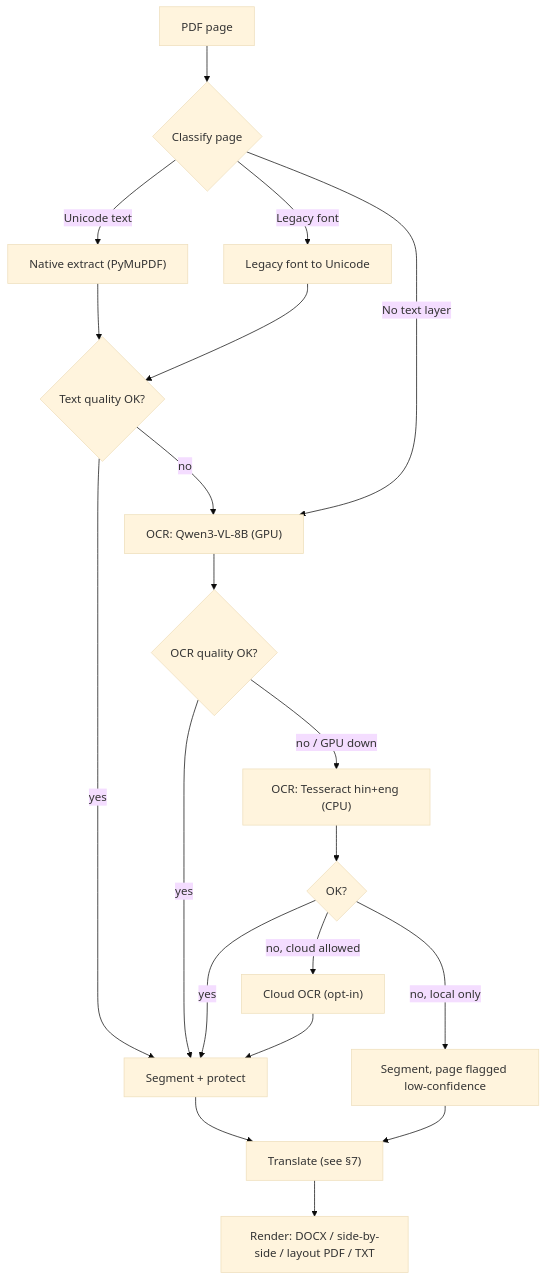
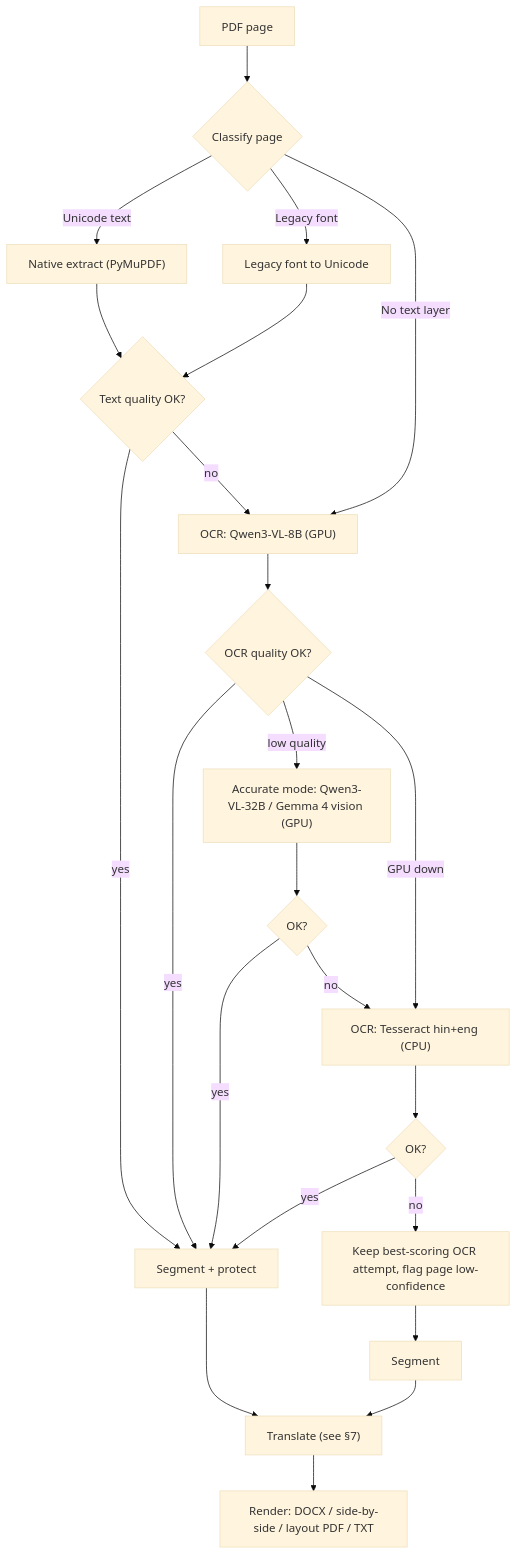
The second of 3 diagrams in PLAN.md (prasannad20011121/Pdf_-translater-), drawn with Mermaid (base theme) before and after one commit. The commit also changed other lines of this file and 1 other file, not shown here.

First line of the commit message:
Revise plan: free/local models only

````diff
--- a/PLAN.md
+++ b/PLAN.md
@@ -132,21 +139,25 @@
 ```mermaid
 flowchart TD
   PG["PDF page"] --> CLS{"Classify page"}
   CLS -- "Unicode text" --> NX["Native extract (PyMuPDF)"]
   CLS -- "Legacy font" --> LC["Legacy font to Unicode"]
   CLS -- "No text layer" --> O1
   NX --> Q{"Text quality OK?"}
   LC --> Q
   Q -- yes --> SEG["Segment + protect"]
   Q -- no --> O1["OCR: Qwen3-VL-8B (GPU)"]
   O1 --> Q2{"OCR quality OK?"}
   Q2 -- yes --> SEG
-  Q2 -- "no / GPU down" --> O2["OCR: Tesseract hin+eng (CPU)"]
+  Q2 -- "low quality" --> O1B["Accurate mode: Qwen3-VL-32B / Gemma 4 vision (GPU)"]
+  Q2 -- "GPU down" --> O2
+  O1B --> Q2B{"OK?"}
+  Q2B -- yes --> SEG
+  Q2B -- no --> O2["OCR: Tesseract hin+eng (CPU)"]
   O2 --> Q3{"OK?"}
   Q3 -- yes --> SEG
-  Q3 -- "no, cloud allowed" --> O3["Cloud OCR (opt-in)"] --> SEG
-  Q3 -- "no, local only" --> SEGF["Segment, page flagged low-confidence"]
+  Q3 -- no --> BEST["Keep best-scoring OCR attempt, flag page low-confidence"]
+  BEST --> SEGF["Segment"]
   SEG --> MT["Translate (see §7)"]
   SEGF --> MT
   MT --> RND["Render: DOCX / side-by-side / layout PDF / TXT"]
 ```
````
